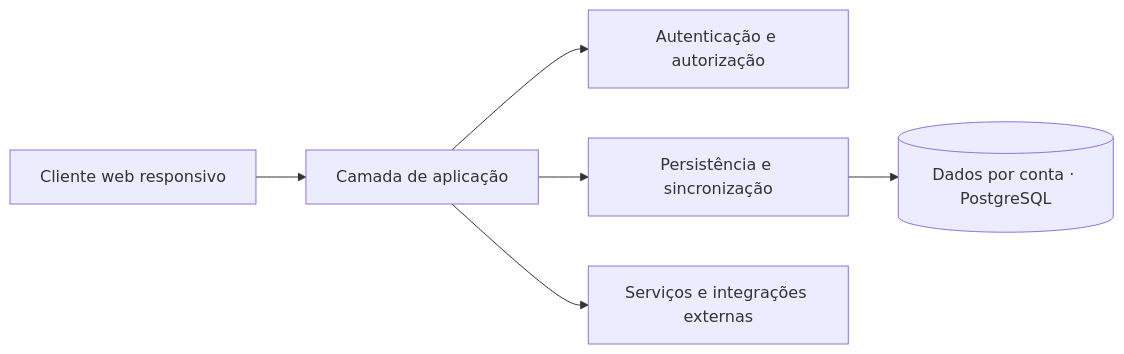
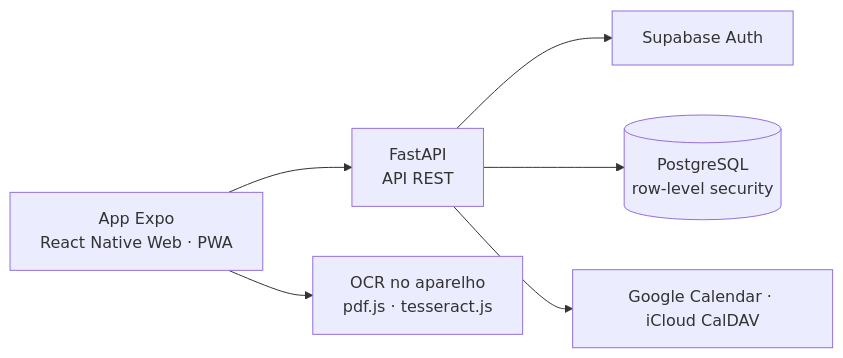
Before and after one commit to wesley-isaias/wesley-isaias: the diagram in projects/pt-br/zayuni.md, drawn with Mermaid. The commit also changed other lines of this file and 15 other files, not shown here.

````diff
--- a/projects/pt-br/zayuni.md
+++ b/projects/pt-br/zayuni.md
@@ -28,8 +28,8 @@
 ```mermaid
 flowchart LR
-  A[Cliente web responsivo] --> B[Camada de aplicação]
-  B --> C[Autenticação e autorização]
-  B --> D[Persistência e sincronização]
-  D --> E[(Dados por conta · PostgreSQL)]
-  B --> F[Serviços e integrações externas]
+  A[App Expo<br>React Native Web · PWA] --> B[FastAPI<br>API REST]
+  B --> C[Supabase Auth]
+  B --> D[(PostgreSQL<br>row-level security)]
+  B --> E[Google Calendar · iCloud CalDAV]
+  A --> F[OCR no aparelho<br>pdf.js · tesseract.js]
 ```
````
